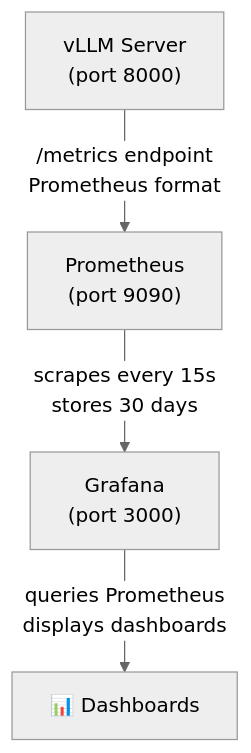
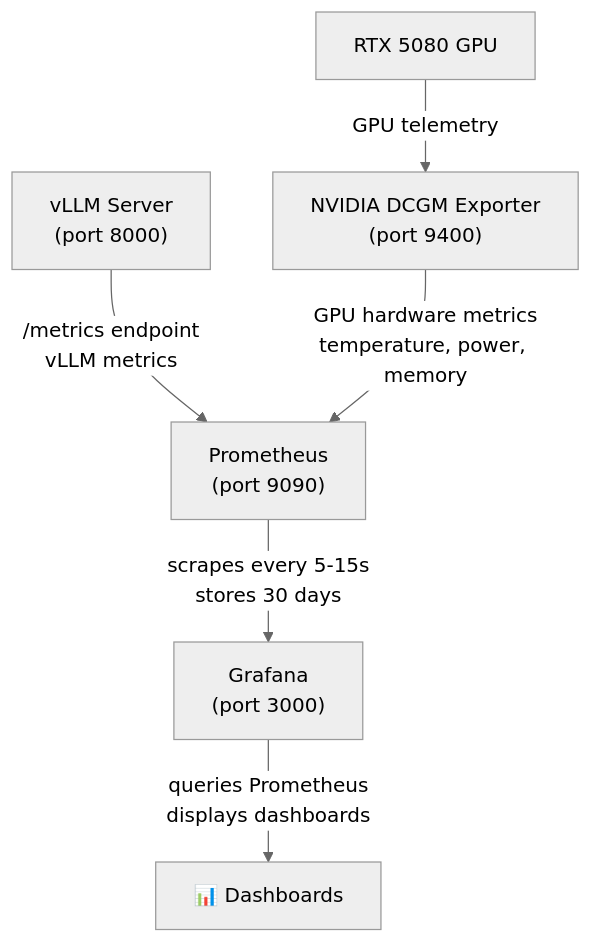
Before and after one commit to lhzn-io/kanoa-mlops: the diagram in monitoring/README.md, drawn with Mermaid (neutral theme). The commit also changed other lines of this file and 18 other files, not shown here.

First line of the commit message:
feat: add Ollama support, CLI plugin, and GPU hardware monitoring

````diff
--- a/monitoring/README.md
+++ b/monitoring/README.md
@@ -16,10 +17,14 @@
 ```mermaid
 graph TD
     A["vLLM Server<br/>(port 8000)"]
     B["Prometheus<br/>(port 9090)"]
     C["Grafana<br/>(port 3000)"]
-    
-    A -->|/metrics endpoint<br/>Prometheus format| B
-    B -->|scrapes every 15s<br/>stores 30 days| C
-    C -->|queries Prometheus<br/>displays dashboards| D["📊 Dashboards"]
+    D["NVIDIA DCGM Exporter<br/>(port 9400)"]
+    E["RTX 5080 GPU"]
+
+    A -->|/metrics endpoint<br/>vLLM metrics| B
+    D -->|GPU hardware metrics<br/>temperature, power, memory| B
+    E -->|GPU telemetry| D
+    B -->|scrapes every 5-15s<br/>stores 30 days| C
+    C -->|queries Prometheus<br/>displays dashboards| F["📊 Dashboards"]
 ```
````
